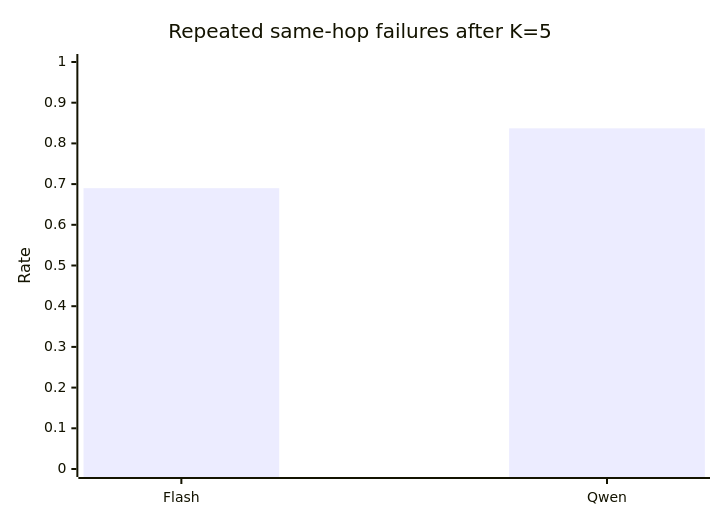
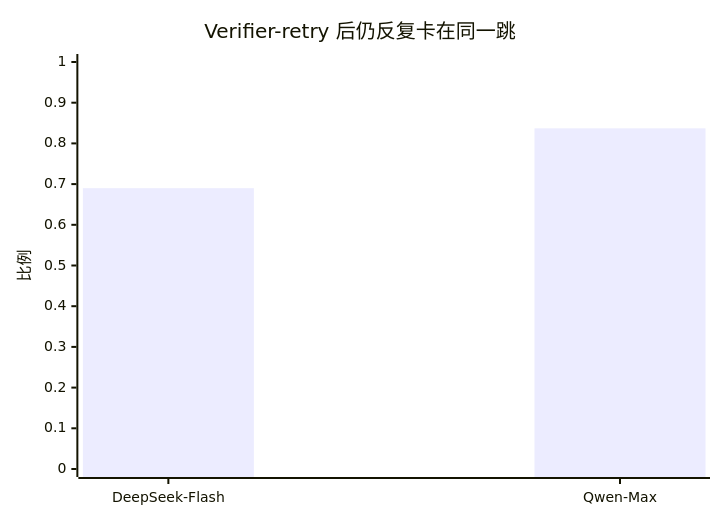
The ninth of 16 diagrams in Graph-Intervention Faithfulness草稿.md (Makal0058/obsidian-), drawn with Mermaid before and after one commit. The commit also changed other lines of this file, not shown here.

````diff
--- a/Graph-Intervention Faithfulness草稿.md
+++ b/Graph-Intervention Faithfulness草稿.md
@@ -1288,7 +1233,7 @@
 ```mermaid
 xychart-beta
-    title "Repeated same-hop failures after K=5"
-    x-axis ["Flash", "Qwen"]
-    y-axis "Rate" 0 --> 1
-    bar "Repeated same hop" [0.690, 0.837]
+    title "Verifier-retry 后仍反复卡在同一跳"
+    x-axis ["DeepSeek-Flash", "Qwen-Max"]
+    y-axis "比例" 0 --> 1
+    bar "Repeated same-hop failure" [0.690, 0.837]
 ```
````
